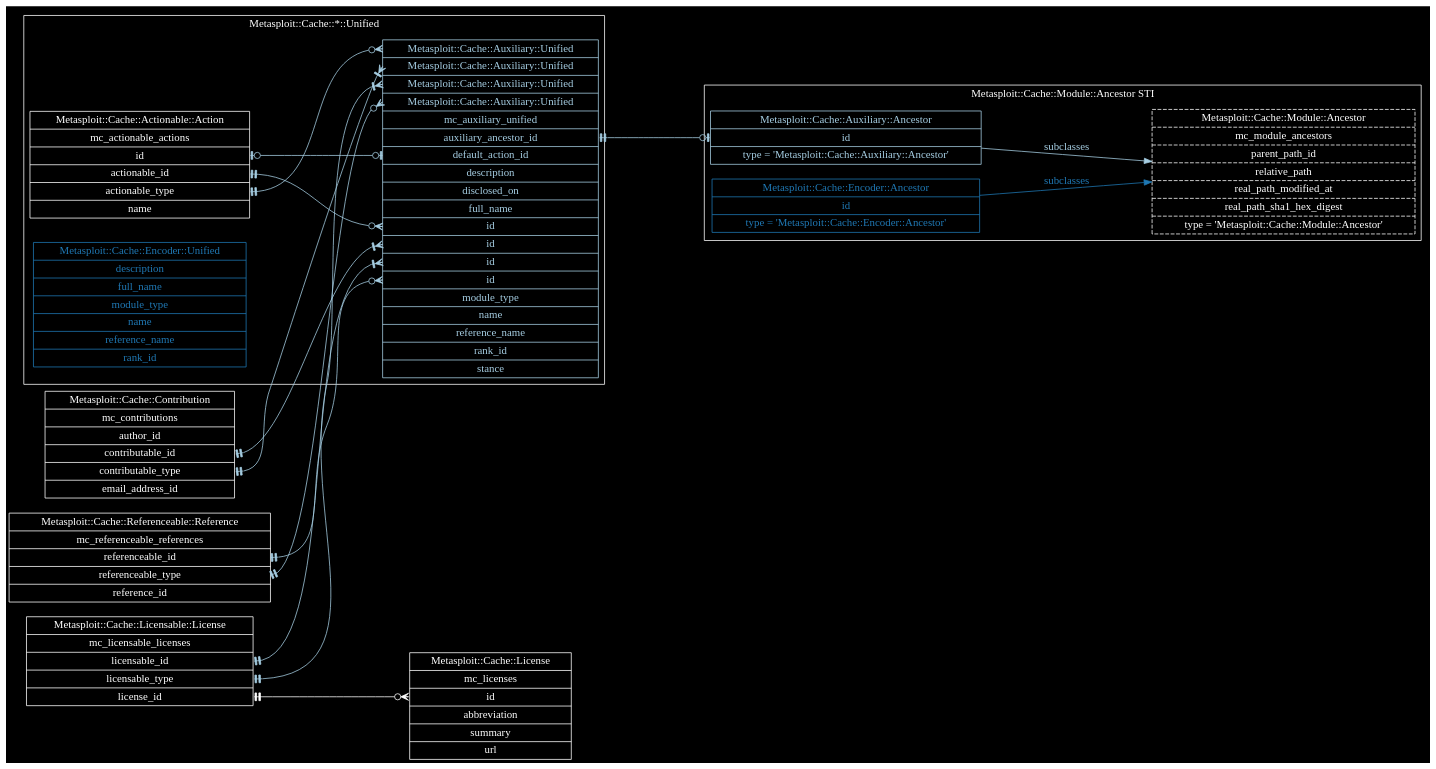
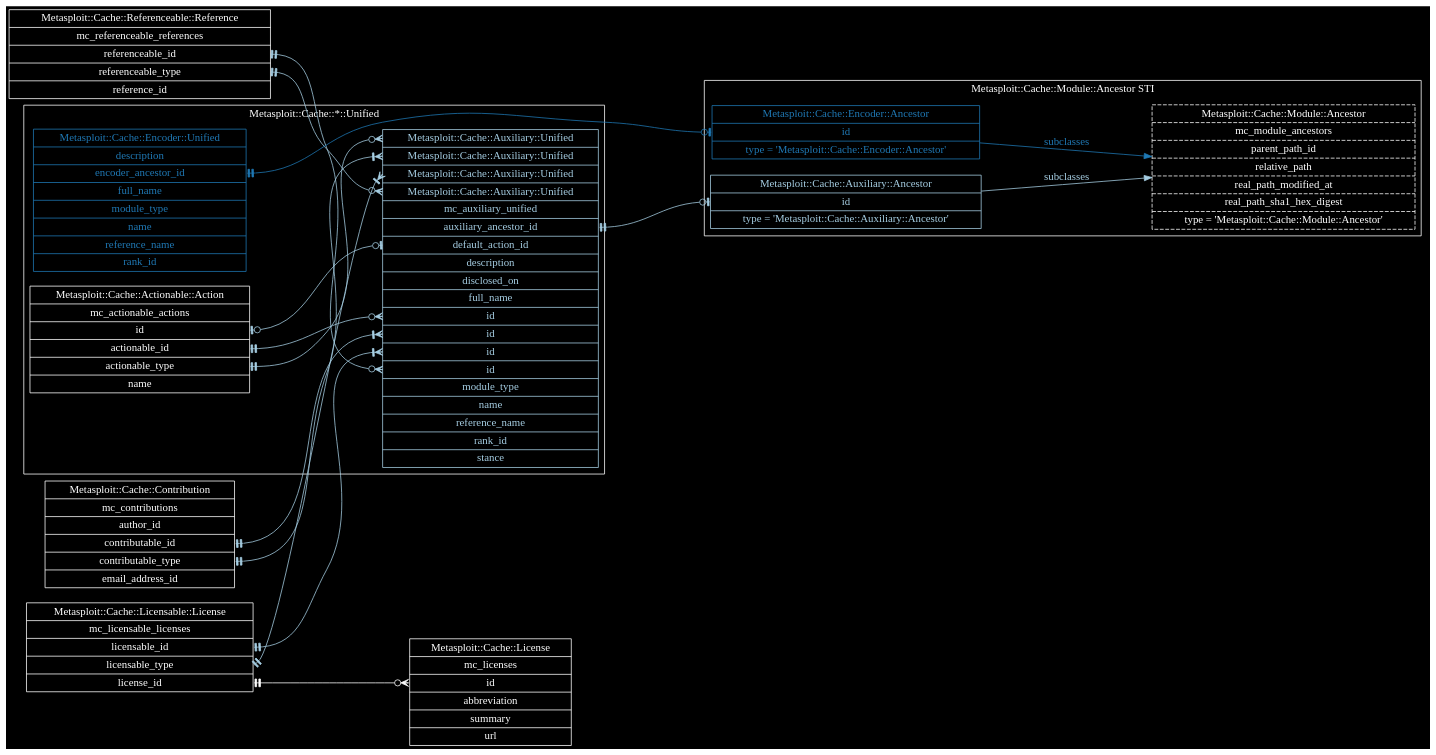
Before and after one commit to rapid7/metasploit-cache: the diagram in docs/metasploit-cache-read-model.dot, drawn with Graphviz.

Commit message:
Encoder::Unified -> Encoder::Ancestor
MSP-12192

```diff
--- a/docs/metasploit-cache-read-model.dot
+++ b/docs/metasploit-cache-read-model.dot
@@ -1,165 +1,172 @@
 digraph "Metasploit::Cache Read Model" {
   edge [
     color = "white"
     fontcolor = "white"
   ]
   graph [
     bgcolor = "black"
     rankdir = "LR"
     ranksep = "2"
   ]
   node [
     color = "white"
     fontcolor = "white"
     shape = "record"
   ]
 
   "Metasploit::Cache::Actionable::Action" [
     label = "Metasploit::Cache::Actionable::Action | mc_actionable_actions | <id>id | <actionable_id>actionable_id | <actionable_type>actionable_type | name"
   ]
 
   "Metasploit::Cache::Actionable::Action":actionable_id -> "Metasploit::Cache::Auxiliary::Unified":id_for_actionable_id [
     arrowhead = "crowodot"
     arrowtail = "teetee"
     color = "/paired9/1"
     dir = "both"
   ]
 
   "Metasploit::Cache::Actionable::Action":actionable_type -> "Metasploit::Cache::Auxiliary::Unified":type_for_actionable_type [
     arrowhead = "crowodot"
     arrowtail = "teetee"
     color = "/paired9/1"
     dir = "both"
   ]
 
   "Metasploit::Cache::Contribution" [
     label = "Metasploit::Cache::Contribution | mc_contributions | author_id | <contributable_id>contributable_id | <contributable_type>contributable_type | email_address_id"
   ]
 
   "Metasploit::Cache::Contribution":contributable_id -> "Metasploit::Cache::Auxiliary::Unified":id_for_contributable_id [
     arrowhead = "crowtee"
     arrowtail = "teetee"
     color = "/paired9/1"
     dir = "both"
   ]
 
   "Metasploit::Cache::Contribution":contributable_type -> "Metasploit::Cache::Auxiliary::Unified":type_for_contributable_type [
     arrowhead = "crowtee"
     arrowtail = "teetee"
     color = "/paired9/1"
     dir = "both"
   ]
 
   "Metasploit::Cache::License" [
     label = "Metasploit::Cache::License | mc_licenses | <id>id | abbreviation | summary | url"
   ]
 
   "Metasploit::Cache::Licensable::License" [
     label = "Metasploit::Cache::Licensable::License | mc_licensable_licenses | <licensable_id>licensable_id | <licensable_type>licensable_type | <license_id>license_id"
   ]
 
   "Metasploit::Cache::Licensable::License":licensable_id -> "Metasploit::Cache::Auxiliary::Unified":id_for_licensable_id [
     arrowhead = "crowtee"
     arrowtail = "teetee"
     color = "/paired9/1"
     dir = "both"
   ]
 
   "Metasploit::Cache::Licensable::License":licensable_type -> "Metasploit::Cache::Auxiliary::Unified":type_for_licensable_type [
     arrowhead = "crowtee"
     arrowtail = "teetee"
     color = "/paired9/1"
     dir = "both"
   ]
 
   "Metasploit::Cache::Licensable::License":license_id -> "Metasploit::Cache::License":id [
     arrowhead = "crowodot"
     arrowtail = "teetee"
     dir = "both"
   ]
 
   "Metasploit::Cache::Referenceable::Reference" [
     label = "Metasploit::Cache::Referenceable::Reference | mc_referenceable_references | <referenceable_id>referenceable_id | <referenceable_type>referenceable_type | reference_id"
   ]
 
   "Metasploit::Cache::Referenceable::Reference":referenceable_id -> "Metasploit::Cache::Auxiliary::Unified":id_for_referenceable_id [
     arrowhead = "crowodot"
     arrowtail = "teetee"
     color = "/paired9/1"
     dir = "both"
   ]
 
   "Metasploit::Cache::Referenceable::Reference":referenceable_type -> "Metasploit::Cache::Auxiliary::Unified":type_for_referenceable_type [
     arrowhead = "crowodot"
     arrowtail = "teetee"
     color = "/paired9/1"
     dir = "both"
   ]
 
   subgraph cluster_mc_module_ancestors {
     color = "white"
     fontcolor = "white"
     label = "Metasploit::Cache::Module::Ancestor STI"
 
     "Metasploit::Cache::Module::Ancestor" [
       label = "Metasploit::Cache::Module::Ancestor | mc_module_ancestors | parent_path_id | relative_path | real_path_modified_at | real_path_sha1_hex_digest | type = 'Metasploit::Cache::Module::Ancestor'"
       style = "dashed"
     ]
 
     "Metasploit::Cache::Auxiliary::Ancestor" [
       fontcolor = "/paired9/1"
       label = "Metasploit::Cache::Auxiliary::Ancestor | <id>id | type = 'Metasploit::Cache::Auxiliary::Ancestor'"
       color = "/paired9/1"
     ]
 
     "Metasploit::Cache::Auxiliary::Ancestor" -> "Metasploit::Cache::Module::Ancestor" [
       color = "/paired9/1"
       fontcolor = "/paired9/1"
       label = "subclasses"
     ]
 
     "Metasploit::Cache::Encoder::Ancestor" [
       color = "/paired9/2"
       fontcolor = "/paired9/2"
       label = "Metasploit::Cache::Encoder::Ancestor | <id>id | type = 'Metasploit::Cache::Encoder::Ancestor'"
     ]
 
     "Metasploit::Cache::Encoder::Ancestor" -> "Metasploit::Cache::Module::Ancestor" [
       color = "/paired9/2"
       fontcolor = "/paired9/2"
       label = "subclasses"
     ]
   }
 
   subgraph cluster_metasploit_cache_unified {
     color = "white"
     fontcolor = "white"
     label = "Metasploit::Cache::*::Unified"
 
     "Metasploit::Cache::Auxiliary::Unified" [
       color = "/paired9/1"
       fontcolor = "/paired9/1"
       label = "<type_for_actionable_type>Metasploit::Cache::Auxiliary::Unified | <type_for_contributable_type>Metasploit::Cache::Auxiliary::Unified | <type_for_licensable_type>Metasploit::Cache::Auxiliary::Unified | <type_for_referenceable_type>Metasploit::Cache::Auxiliary::Unified | mc_auxiliary_unified | <auxiliary_ancestor_id>auxiliary_ancestor_id | <default_action_id>default_action_id | description | disclosed_on | full_name | <id_for_actionable_id>id | <id_for_contributable_id>id | <id_for_licensable_id>id | <id_for_referenceable_id>id | module_type | name | reference_name | rank_id | stance"
     ]
 
     "Metasploit::Cache::Auxiliary::Unified":auxiliary_ancestor_id -> "Metasploit::Cache::Auxiliary::Ancestor":id [
       arrowhead = "teeodot"
       arrowtail = "teetee"
       color = "/paired9/1"
       dir = "both"
     ]
 
     "Metasploit::Cache::Auxiliary::Unified":default_action_id -> "Metasploit::Cache::Actionable::Action":id [
       arrowhead = "teeodot"
       arrowtail = "teeodot"
       color = "/paired9/1"
       dir = "both"
     ]
 
     "Metasploit::Cache::Encoder::Unified" [
       color = "/paired9/2"
       fontcolor = "/paired9/2"
-      label = "Metasploit::Cache::Encoder::Unified | description | full_name | module_type | name | reference_name | rank_id"
+      label = "Metasploit::Cache::Encoder::Unified | description | <encoder_ancestor_id>encoder_ancestor_id | full_name | module_type | name | reference_name | rank_id"
+    ]
+
+    "Metasploit::Cache::Encoder::Unified":encoder_ancestor_id -> "Metasploit::Cache::Encoder::Ancestor":id [
+      arrowhead = "teeodot"
+      arrowtail = "teetee"
+      color = "/paired9/2"
+      dir = "both"
     ]
   }
 }
```
